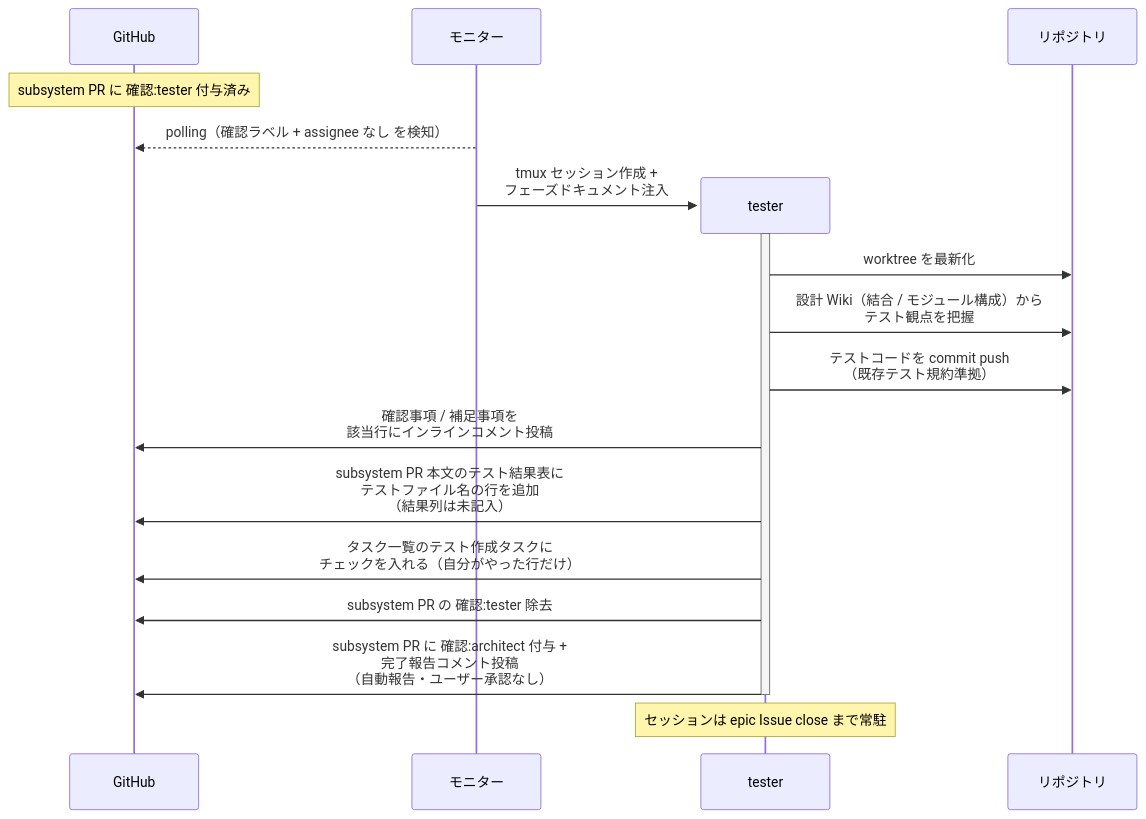
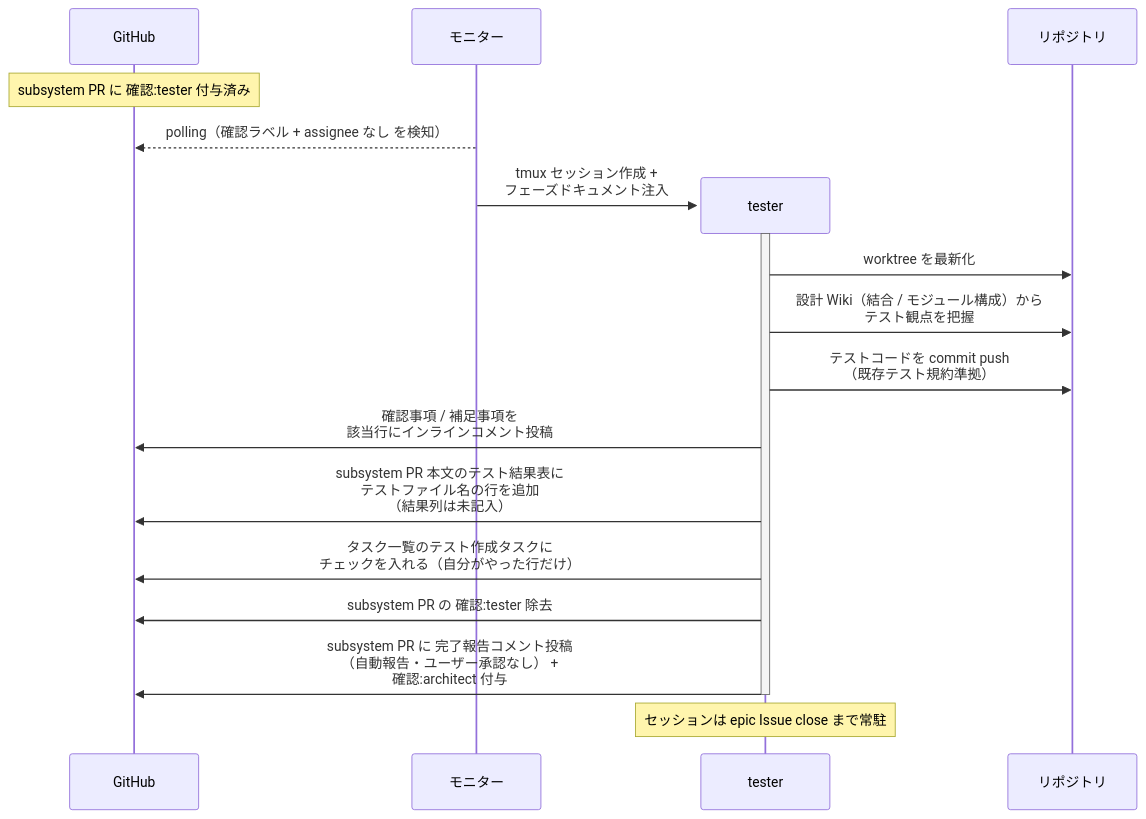
Before and after one commit to shuhei1101/ai-monitor: the first of 3 diagrams in docs/wiki/設計図/シナリオ/単一ユースケース/テスト作成.md, drawn with Mermaid. The commit also changed other lines of this file and 29 other files, not shown here.

````diff
--- a/docs/wiki/設計図/シナリオ/単一ユースケース/テスト作成.md
+++ b/docs/wiki/設計図/シナリオ/単一ユースケース/テスト作成.md
@@ -26,22 +26,22 @@
 ```mermaid
 sequenceDiagram
   participant GH as GitHub
   participant ORC as モニター
 
   Note over GH: subsystem PR に 確認:tester 付与済み
   ORC-->>GH: polling（確認ラベル + assignee なし を検知）
   create participant MON as tester
   ORC->>MON: tmux セッション作成 +<br>フェーズドキュメント注入
   participant REPO as リポジトリ
   activate MON
   MON->>REPO: worktree を最新化
   MON->>REPO: 設計 Wiki（結合 / モジュール構成）から<br>テスト観点を把握
   MON->>REPO: テストコードを commit push<br>（既存テスト規約準拠）
   MON->>GH: 確認事項 / 補足事項を<br>該当行にインラインコメント投稿
   MON->>GH: subsystem PR 本文のテスト結果表に<br>テストファイル名の行を追加<br>（結果列は未記入）
   MON->>GH: タスク一覧のテスト作成タスクに<br>チェックを入れる（自分がやった行だけ）
   MON->>GH: subsystem PR の 確認:tester 除去
-  MON->>GH: subsystem PR に 確認:architect 付与 +<br>完了報告コメント投稿<br>（自動報告・ユーザー承認なし）
+  MON->>GH: subsystem PR に 完了報告コメント投稿<br>（自動報告・ユーザー承認なし） +<br>確認:architect 付与
   deactivate MON
   Note over MON: セッションは epic Issue close まで常駐
 ```
````
